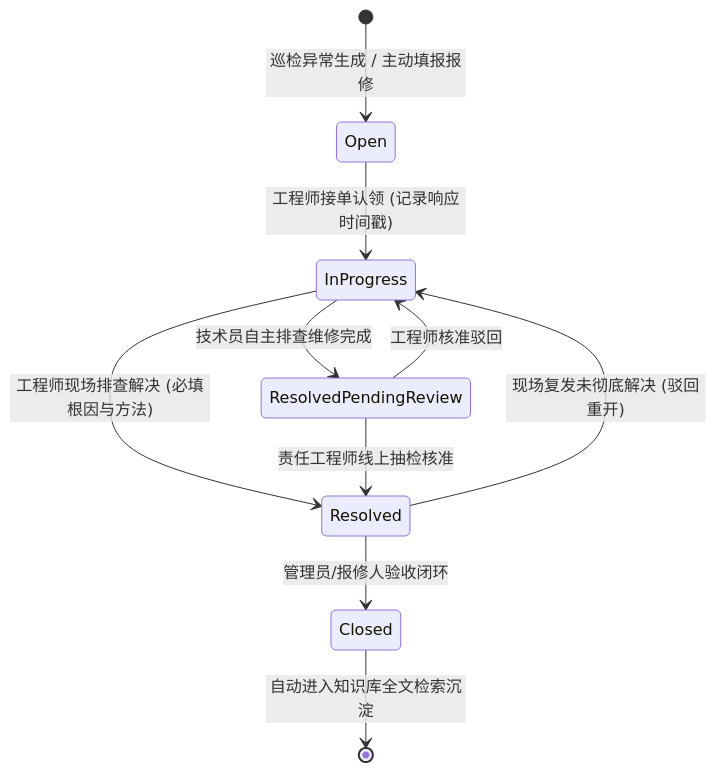
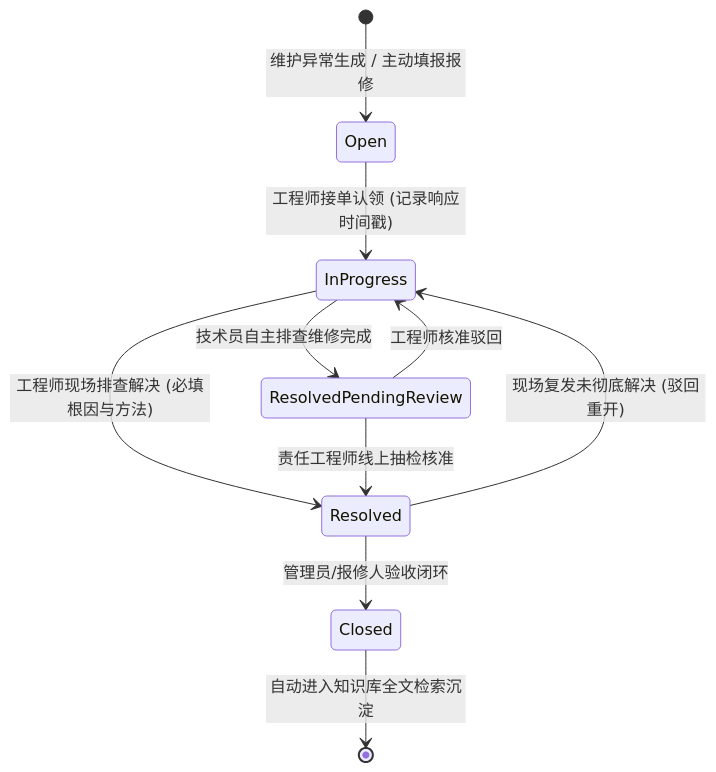
The third of 4 diagrams in docs/system_design_document.md (diandiandia/MaintainWise), drawn with Mermaid before and after one commit. The commit also changed other lines of this file and 5 other files, not shown here.

````diff
--- a/docs/system_design_document.md
+++ b/docs/system_design_document.md
@@ -135,16 +135,16 @@
 ```mermaid
 stateDiagram-v2
-    [*] --> Open : 巡检异常生成 / 主动填报报修
+    [*] --> Open : 维护异常生成 / 主动填报报修
     
     Open --> InProgress : 工程师接单认领 (记录响应时间戳)
     
     InProgress --> ResolvedPendingReview : 技术员自主排查维修完成
     InProgress --> Resolved : 工程师现场排查解决 (必填根因与方法)
     ResolvedPendingReview --> Resolved : 责任工程师线上抽检核准
     
     Resolved --> Closed : 管理员/报修人验收闭环
     Resolved --> InProgress : 现场复发未彻底解决 (驳回重开)
     ResolvedPendingReview --> InProgress : 工程师核准驳回
     
     Closed --> [*] : 自动进入知识库全文检索沉淀
 ```
````
